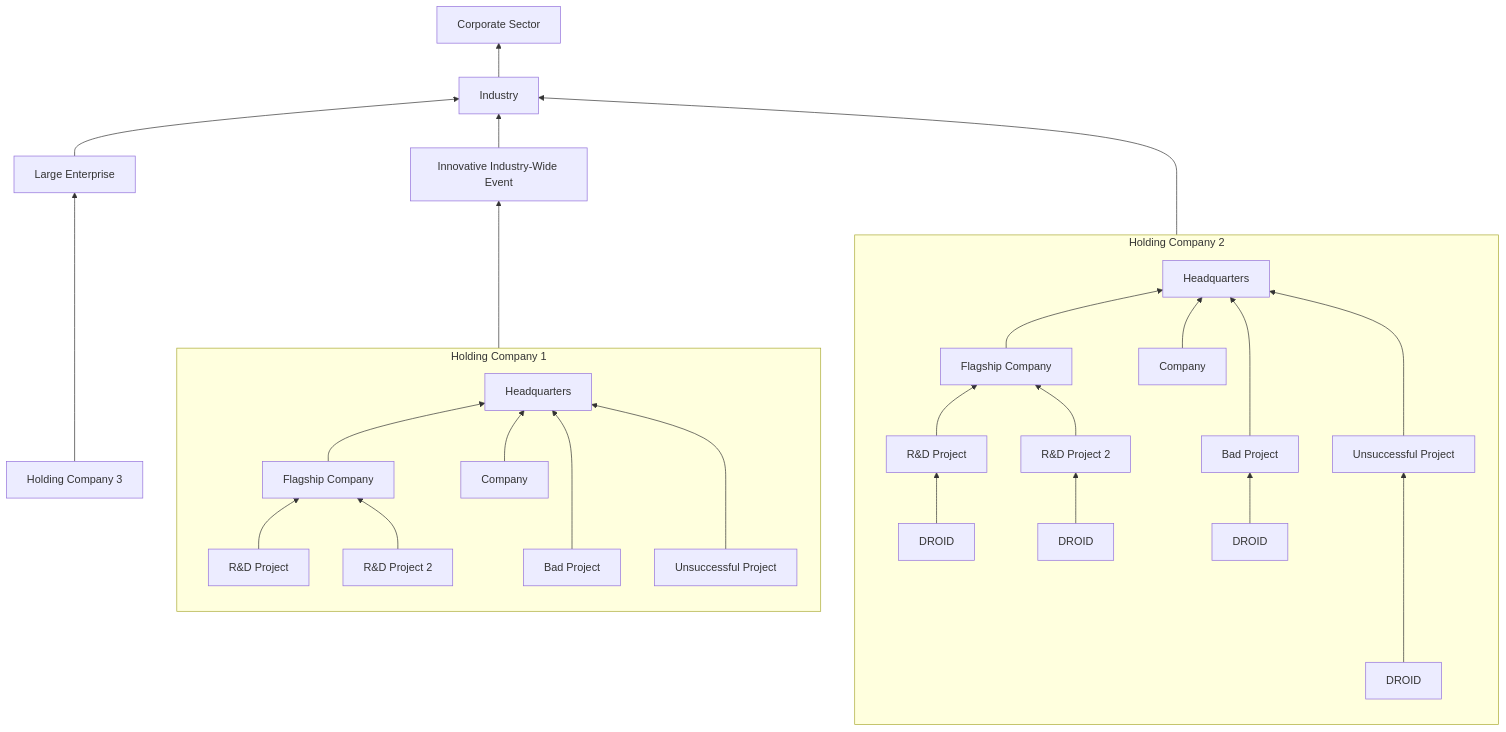
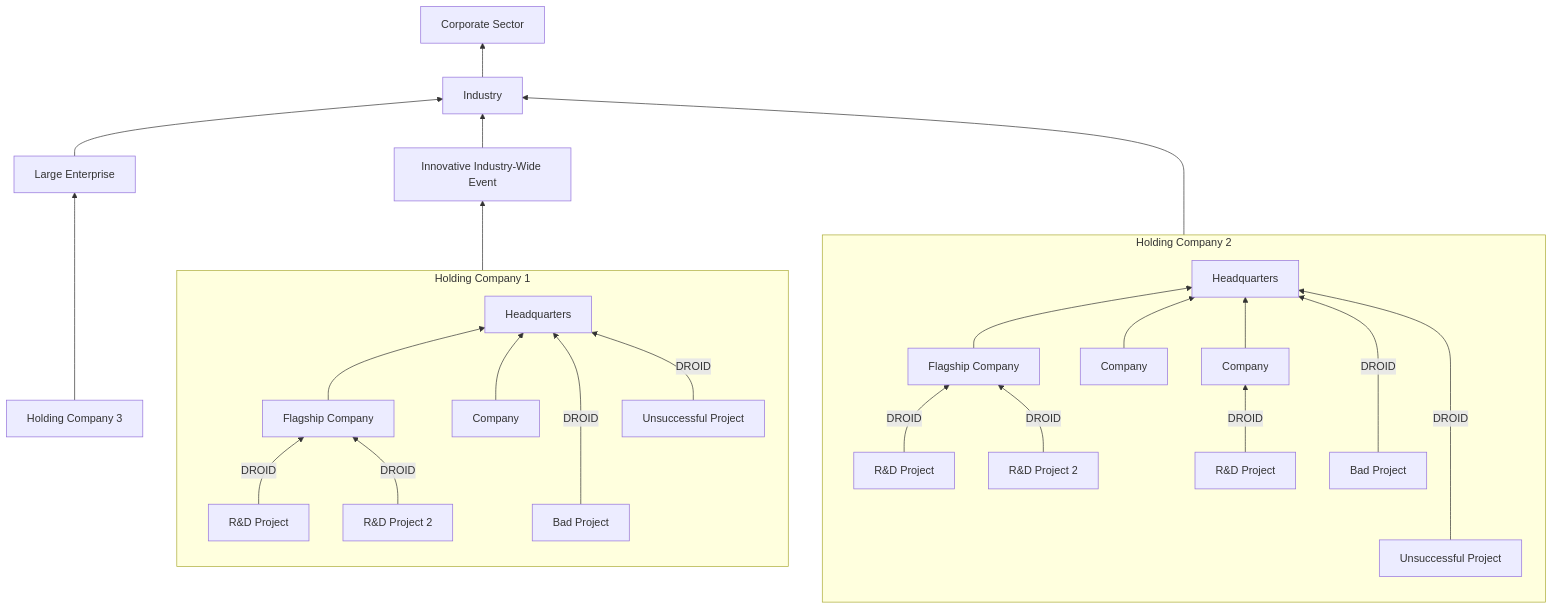
Before and after one commit to bjornmage/BUF: the second of 2 diagrams in README.md, drawn with Mermaid. The commit also changed other lines of this file, not shown here.

````diff
--- a/README.md
+++ b/README.md
@@ -59,34 +61,32 @@
 ```mermaid 
 graph BT
 B[Industry]-->A[Corporate Sector]
 C[Large Enterprise]-->B[Holding Company]
 D[Innovative Industry-Wide Event]-->B[Industry]
 E[Holding Company 1]-->D[Innovative Industry-Wide Event]
 M[Holding Company 2]--->B[Industry]
 Z[Holding Company 3]-->C[Large Enterprise]
 
 subgraph E[Holding Company 1]
 direction BT
 G[Flagship Company]-->F[Headquarters]
 H[Company]-->F[Headquarters]
-I[R&D Project]-->G[Flagship Company]
-J[R&D Project 2]-->G[Flagship Company]
-K[Bad Project]--->F[Headquarters]
-L[Unsuccessful Project]--->F[Headquarters]
+I[R&D Project]--DROID-->G[Flagship Company]
+J[R&D Project 2]--DROID-->G[Flagship Company]
+K[Bad Project]--DROID--->F[Headquarters]
+L[Unsuccessful Project]--DROID-->F[Headquarters]
 end
 
 
 subgraph M[Holding Company 2]
 direction BT
 O[Flagship Company]-->N[Headquarters]
 P[Company]-->N[Headquarters]
-Q[R&D Project]-->O[Flagship Company]
-U[DROID]-->Q[R&D Project]
-R[R&D Project 2]-->O[Flagship Company]
-V[DROID]-->R[R&D Project 2]
-S[Bad Project]--->N[Headquarters]
-W[DROID]-->S[Bad Project]
-T[Unsuccessful Project]--->N[Headquarters]
-X[DROID]---->T[Unsuccessful Project]
+V[Company]-->N[Headquarters]
+W[R&D Project]--DROID-->V[Company]
+Q[R&D Project]--DROID-->O[Flagship Company]
+R[R&D Project 2]--DROID-->O[Flagship Company]
+S[Bad Project]--DROID--->N[Headquarters]
+T[Unsuccessful Project]--DROID---->N[Headquarters]
 end
 ```
````
